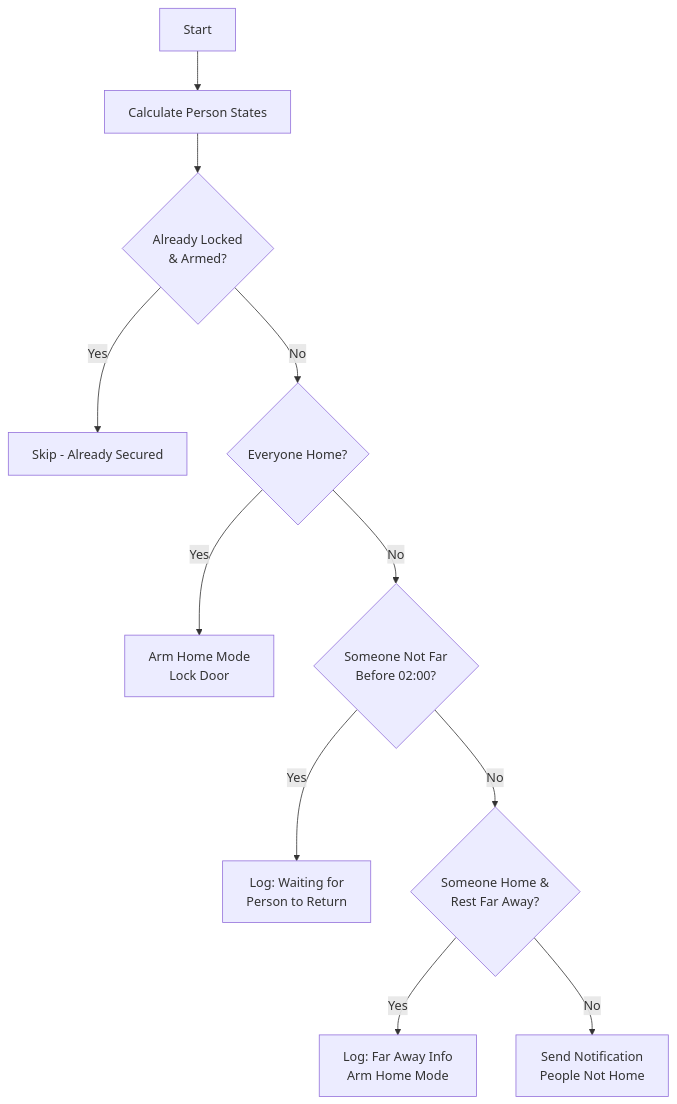
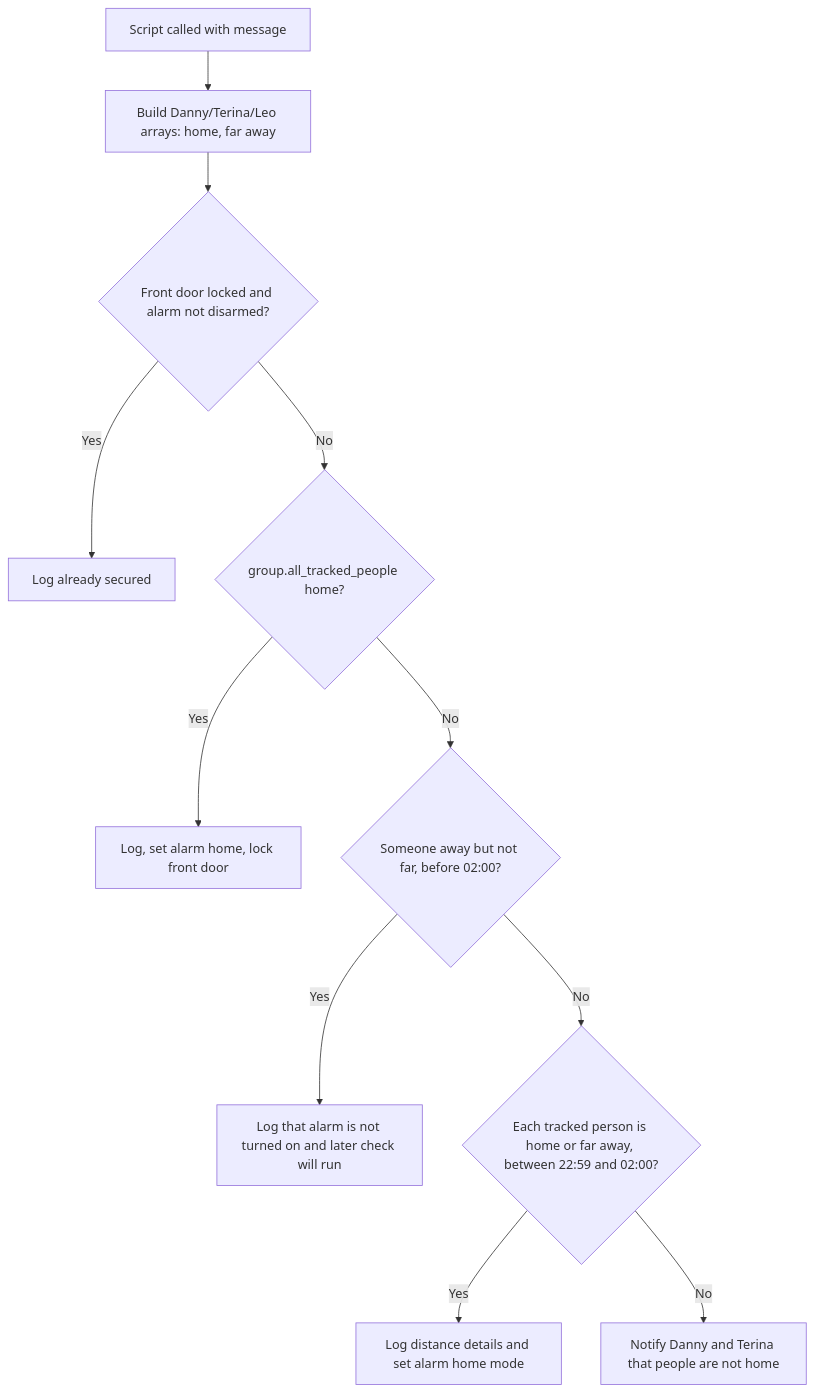
Before and after one commit to dannytsang/homeassistant-config: the second of 2 diagrams in packages/integrations/alarm_README.md, drawn with Mermaid. The commit also changed other lines of this file and 60 other files, not shown here.

````diff
--- a/packages/integrations/alarm_README.md
+++ b/packages/integrations/alarm_README.md
@@ -320,13 +93,13 @@
 ```mermaid
 flowchart TD
-    A[Start] --> B[Calculate Person States]
-    B --> C{Already Locked<br/>& Armed?}
-    C -->|Yes| D[Skip - Already Secured]
-    C -->|No| E{Everyone Home?}
-    E -->|Yes| F[Arm Home Mode<br/>Lock Door]
-    E -->|No| G{Someone Not Far<br/>Before 02:00?}
-    G -->|Yes| H[Log: Waiting for<br/>Person to Return]
-    G -->|No| I{Someone Home &<br/>Rest Far Away?}
-    I -->|Yes| J[Log: Far Away Info<br/>Arm Home Mode]
-    I -->|No| K[Send Notification<br/>People Not Home]
+    Start[Script called with message] --> PersonVars[Build Danny/Terina/Leo arrays: home, far away]
+    PersonVars --> Secured{Front door locked and alarm not disarmed?}
+    Secured -->|Yes| Already[Log already secured]
+    Secured -->|No| Everyone{group.all_tracked_people home?}
+    Everyone -->|Yes| EveryoneHome[Log, set alarm home, lock front door]
+    Everyone -->|No| Nearby{Someone away but not far, before 02:00?}
+    Nearby -->|Yes| Wait[Log that alarm is not turned on and later check will run]
+    Nearby -->|No| SafeMix{Each tracked person is home or far away, between 22:59 and 02:00?}
+    SafeMix -->|Yes| Arm[Log distance details and set alarm home mode]
+    SafeMix -->|No| Notify[Notify Danny and Terina that people are not home]
 ```
````
